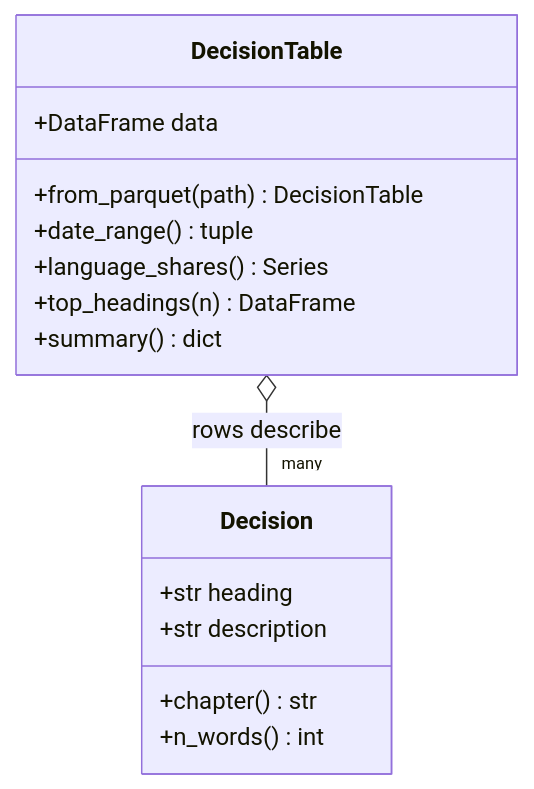
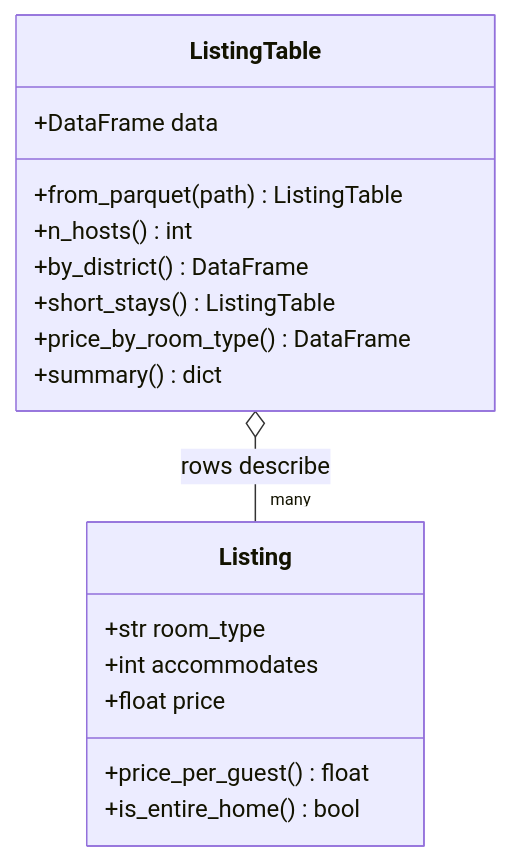
The third of 4 diagrams in sessions/01-careers-and-python/theory/03-notebook-to-application.md (khoadaniel/statistical-programming-mpmd-htw-ws-2026), drawn with Mermaid before and after one commit. The commit also changed other lines of this file and 160 other files, not shown here.

````diff
--- a/sessions/01-careers-and-python/theory/03-notebook-to-application.md
+++ b/sessions/01-careers-and-python/theory/03-notebook-to-application.md
@@ -198,18 +198,20 @@
 ```mermaid
 classDiagram
-  class Decision {
-    +str heading
-    +str description
-    +chapter() str
-    +n_words() int
+  class Listing {
+    +str room_type
+    +int accommodates
+    +float price
+    +price_per_guest() float
+    +is_entire_home() bool
   }
-  class DecisionTable {
+  class ListingTable {
     +DataFrame data
-    +from_parquet(path) DecisionTable
-    +date_range() tuple
-    +language_shares() Series
-    +top_headings(n) DataFrame
+    +from_parquet(path) ListingTable
+    +n_hosts() int
+    +by_district() DataFrame
+    +short_stays() ListingTable
+    +price_by_room_type() DataFrame
     +summary() dict
   }
-  DecisionTable o-- "many" Decision : rows describe
+  ListingTable o-- "many" Listing : rows describe
 ```
````
